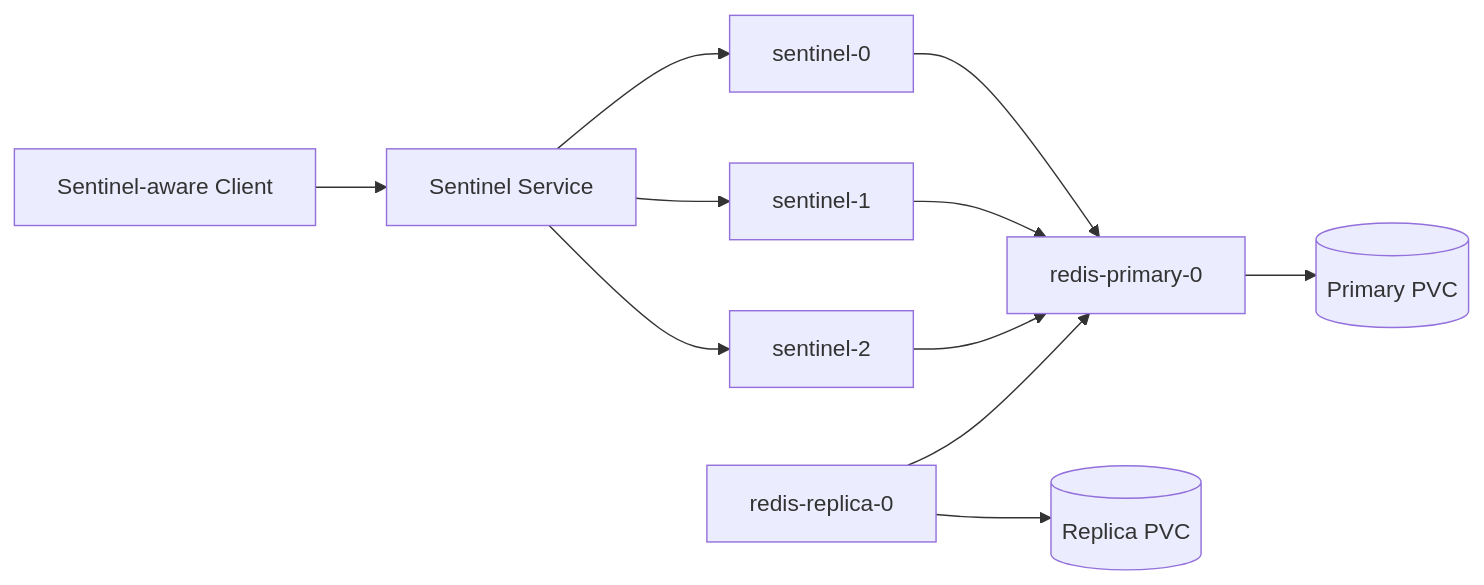
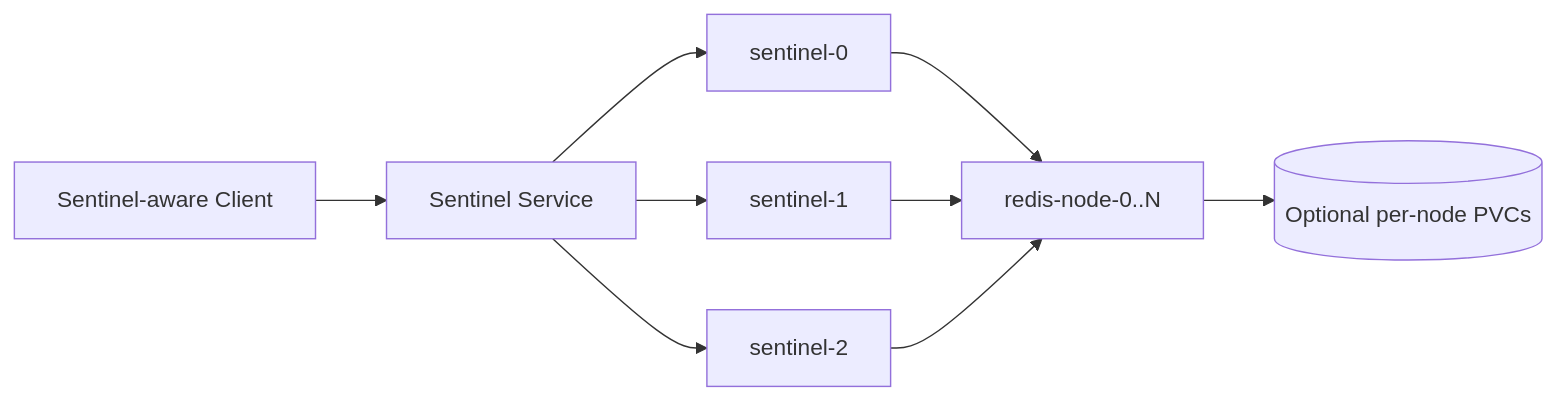
One commit to helmforgedev/charts changed the third of 4 diagrams in charts/redis/DESIGN.md. Above: the diagram before and after it, drawn with Mermaid. The commit also changed other lines of this file and 19 other files, not shown here.

First line of the commit message:
fix(redis)!: use role-neutral nodes in sentinel mode

````diff
--- a/charts/redis/DESIGN.md
+++ b/charts/redis/DESIGN.md
@@ -81,13 +81,11 @@
 ```mermaid
 flowchart LR
   Client[Sentinel-aware Client] --> SentinelSvc[Sentinel Service]
   SentinelSvc --> Sentinel0[sentinel-0]
   SentinelSvc --> Sentinel1[sentinel-1]
   SentinelSvc --> Sentinel2[sentinel-2]
-  Sentinel0 --> Primary[redis-primary-0]
-  Sentinel1 --> Primary
-  Sentinel2 --> Primary
-  Replica[redis-replica-0] --> Primary
-  Primary --> PrimaryPVC[(Primary PVC)]
-  Replica --> ReplicaPVC[(Replica PVC)]
+  Sentinel0 --> Nodes[redis-node-0..N]
+  Sentinel1 --> Nodes
+  Sentinel2 --> Nodes
+  Nodes --> Data[(Optional per-node PVCs)]
 ```
````
